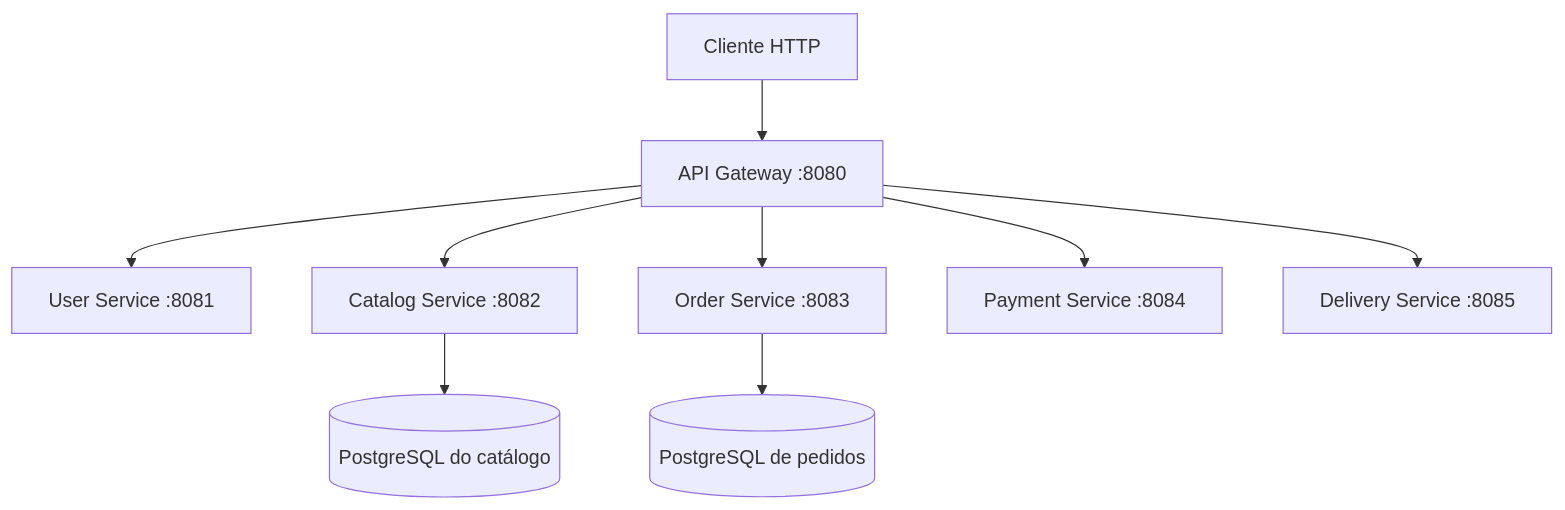
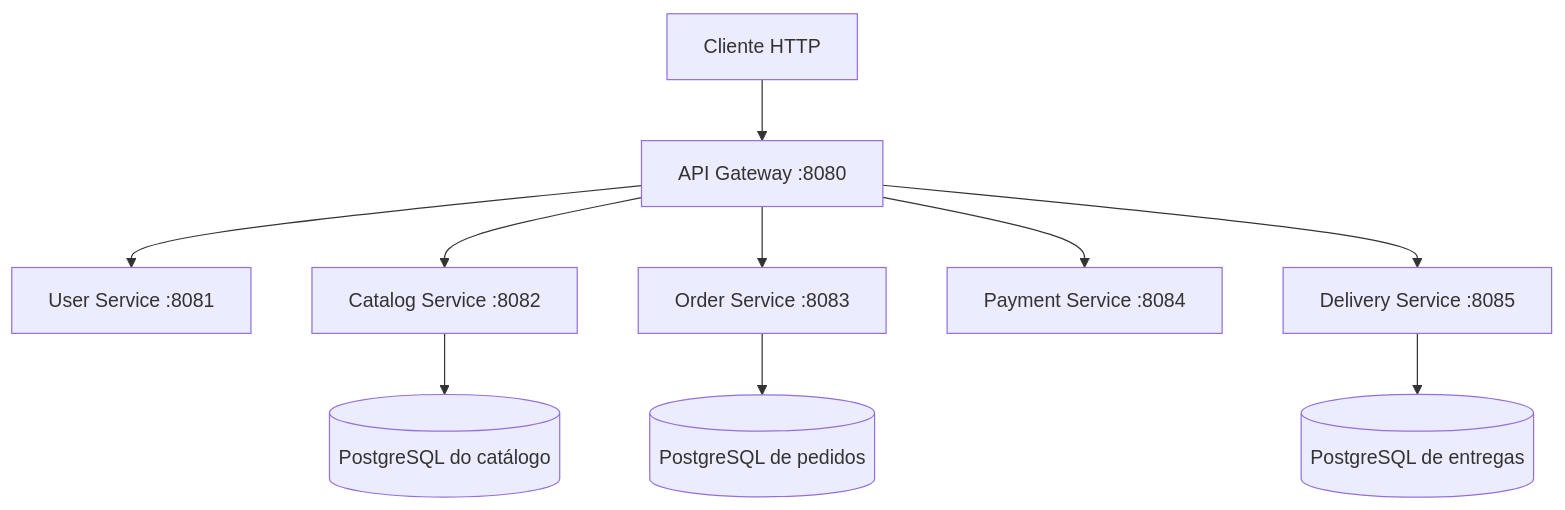
Before and after one commit to victhor-santos/ai-delivery-platform: the first of 2 diagrams in docs/architecture.md, drawn with Mermaid. The commit also changed other lines of this file and 27 other files, not shown here.

Commit message:
feat: persist deliveries and couriers with PostgreSQL (#11)

````diff
--- a/docs/architecture.md
+++ b/docs/architecture.md
@@ -9,11 +9,12 @@
 ```mermaid
 flowchart TD
     Client[Cliente HTTP] --> Gateway[API Gateway :8080]
     Gateway --> Users[User Service :8081]
     Gateway --> Catalog[Catalog Service :8082]
     Gateway --> Orders[Order Service :8083]
     Gateway --> Payments[Payment Service :8084]
     Gateway --> Deliveries[Delivery Service :8085]
     Catalog --> CatalogDB[(PostgreSQL do catálogo)]
     Orders --> OrderDB[(PostgreSQL de pedidos)]
+    Deliveries --> DeliveryDB[(PostgreSQL de entregas)]
 ```
````
